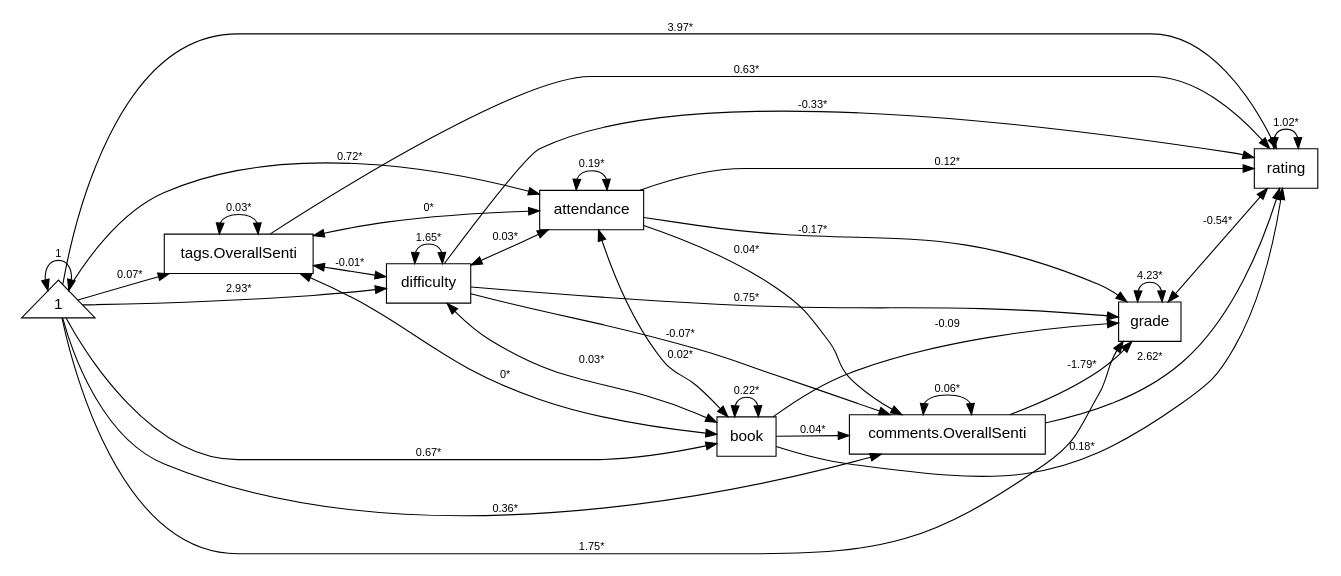
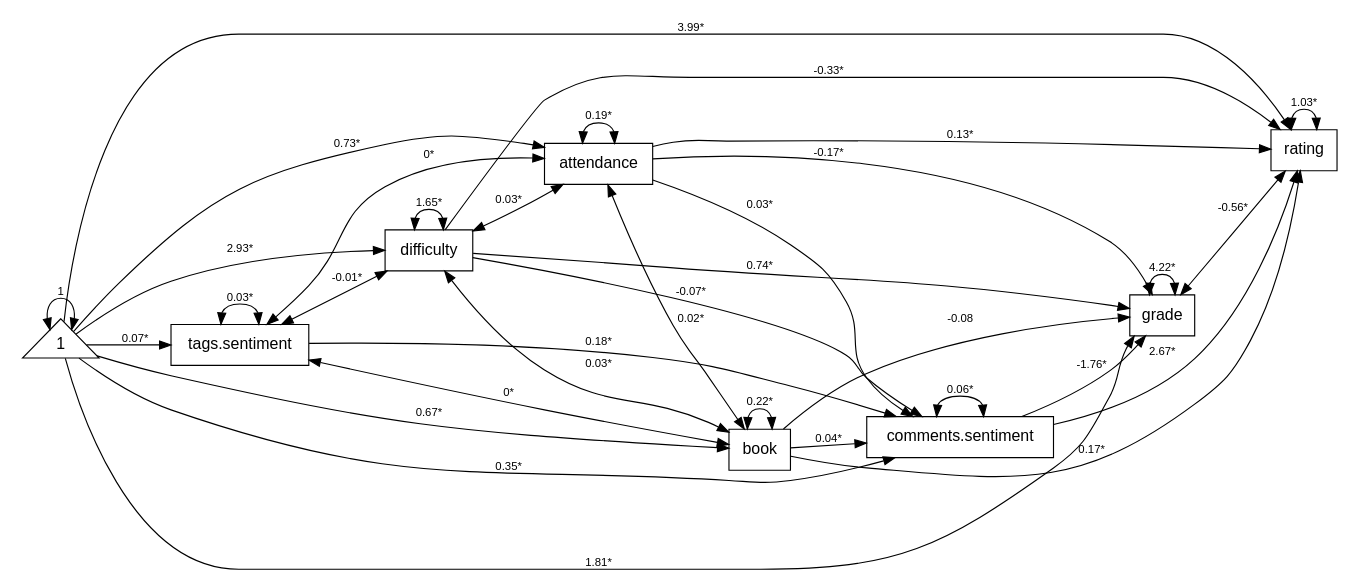
Before and after one commit to Stan7s/TextSEM: the diagram in sentiment.dot, drawn with Graphviz. The commit also changed 37 other files, not shown here.

```diff
--- a/sentiment.dot
+++ b/sentiment.dot
@@ -1,42 +1,42 @@
 digraph "pathdiagram" {
   rankdir=LR;
   size="8,8";
   node [fontname="Helvetica" fontsize=14 shape=box];
   edge [fontname="Helvetica" fontsize=10];
   center=1;
   "1" [shape=triangle]
   "1" -> "1" [label="1"   dir=both]
-  "comments.OverallSenti" -> "rating" [label="2.62*"];
-  "book" -> "rating" [label="0.18*"];
-  "attendance" -> "rating" [label="0.12*"];
+  "comments.sentiment" -> "rating" [label="2.67*"];
+  "book" -> "rating" [label="0.17*"];
+  "attendance" -> "rating" [label="0.13*"];
   "difficulty" -> "rating" [label="-0.33*"];
-  "tags.OverallSenti" -> "rating" [label="0.63*"];
-  "comments.OverallSenti" -> "grade" [label="-1.79*"];
-  "book" -> "grade" [label="-0.09"];
+  "comments.sentiment" -> "grade" [label="-1.76*"];
+  "book" -> "grade" [label="-0.08"];
   "attendance" -> "grade" [label="-0.17*"];
-  "difficulty" -> "grade" [label="0.75*"];
-  "book" -> "comments.OverallSenti" [label="0.04*"];
-  "attendance" -> "comments.OverallSenti" [label="0.04*"];
-  "difficulty" -> "comments.OverallSenti" [label="-0.07*"];
-  "1" -> "rating" [label="3.97*"];
-  "1" -> "grade" [label="1.75*"];
-  "1" -> "comments.OverallSenti" [label="0.36*"];
+  "difficulty" -> "grade" [label="0.74*"];
+  "book" -> "comments.sentiment" [label="0.04*"];
+  "attendance" -> "comments.sentiment" [label="0.03*"];
+  "difficulty" -> "comments.sentiment" [label="-0.07*"];
+  "tags.sentiment" -> "comments.sentiment" [label="0.18*"];
+  "1" -> "rating" [label="3.99*"];
+  "1" -> "grade" [label="1.81*"];
+  "1" -> "comments.sentiment" [label="0.35*"];
   "1" -> "book" [label="0.67*"];
-  "1" -> "attendance" [label="0.72*"];
+  "1" -> "attendance" [label="0.73*"];
   "1" -> "difficulty" [label="2.93*"];
-  "1" -> "tags.OverallSenti" [label="0.07*"];
-  "rating" -> "rating" [label="1.02*"  dir=both];
-  "grade" -> "rating" [label="-0.54*"  dir=both];
-  "grade" -> "grade" [label="4.23*"  dir=both];
-  "comments.OverallSenti" -> "comments.OverallSenti" [label="0.06*"  dir=both];
+  "1" -> "tags.sentiment" [label="0.07*"];
+  "rating" -> "rating" [label="1.03*"  dir=both];
+  "grade" -> "rating" [label="-0.56*"  dir=both];
+  "grade" -> "grade" [label="4.22*"  dir=both];
+  "comments.sentiment" -> "comments.sentiment" [label="0.06*"  dir=both];
   "book" -> "book" [label="0.22*"  dir=both];
   "attendance" -> "book" [label="0.02*"  dir=both];
   "difficulty" -> "book" [label="0.03*"  dir=both];
-  "tags.OverallSenti" -> "book" [label="0*"  dir=both];
+  "tags.sentiment" -> "book" [label="0*"  dir=both];
   "attendance" -> "attendance" [label="0.19*"  dir=both];
   "difficulty" -> "attendance" [label="0.03*"  dir=both];
-  "tags.OverallSenti" -> "attendance" [label="0*"  dir=both];
+  "tags.sentiment" -> "attendance" [label="0*"  dir=both];
   "difficulty" -> "difficulty" [label="1.65*"  dir=both];
-  "tags.OverallSenti" -> "difficulty" [label="-0.01*"  dir=both];
-  "tags.OverallSenti" -> "tags.OverallSenti" [label="0.03*"  dir=both];
+  "tags.sentiment" -> "difficulty" [label="-0.01*"  dir=both];
+  "tags.sentiment" -> "tags.sentiment" [label="0.03*"  dir=both];
 }
```
